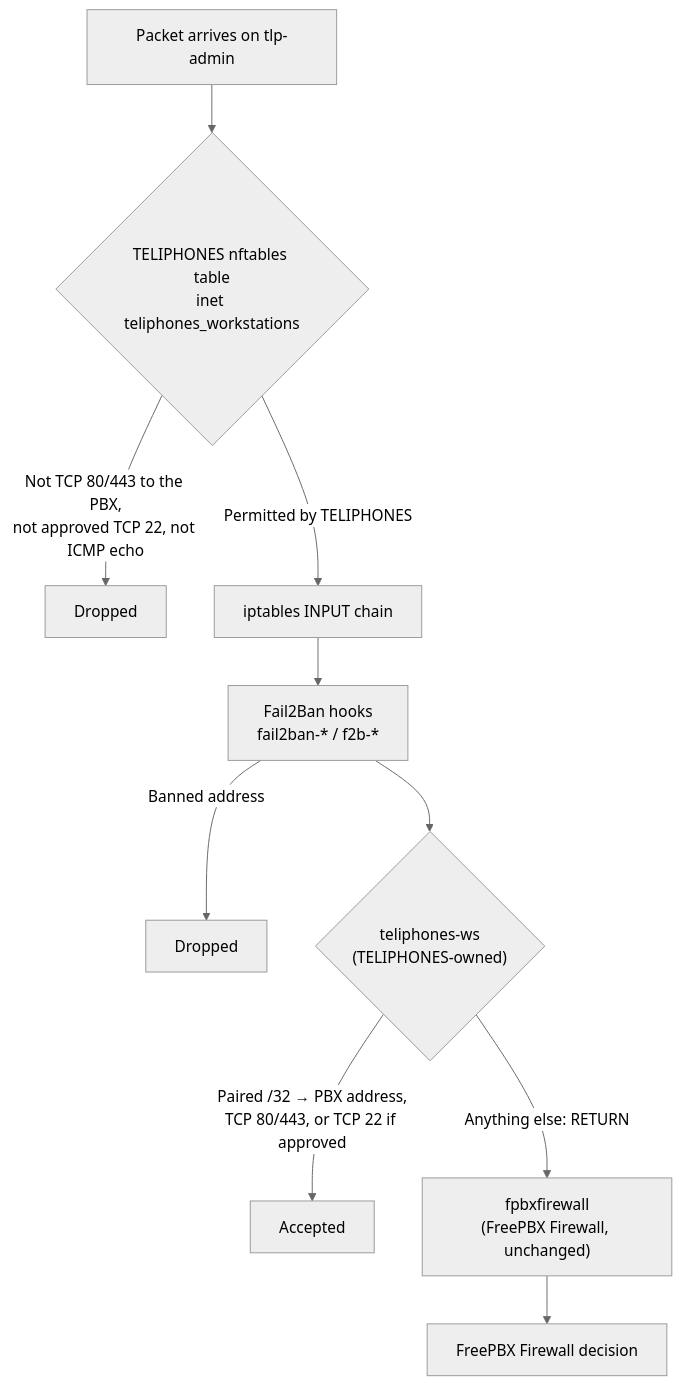
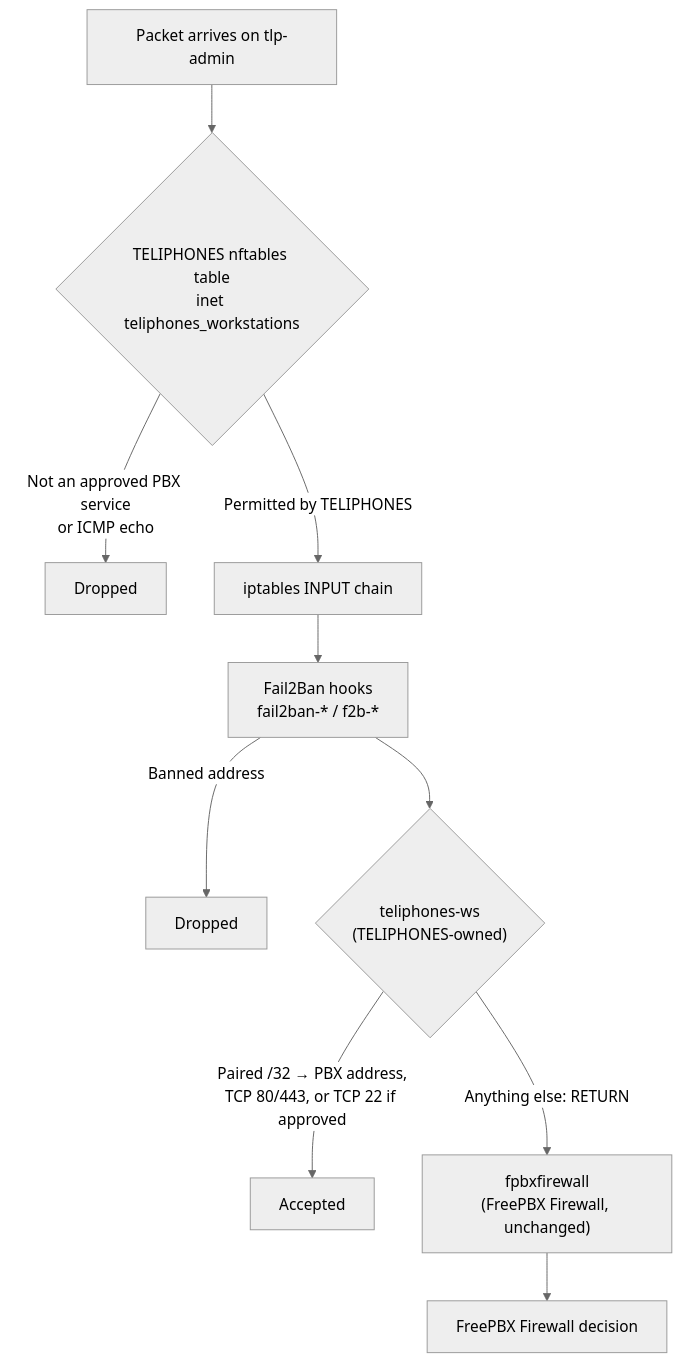
One commit to kierknoby/teliphones changed the fourth of 5 diagrams in README.md. Above: the diagram before and after it, drawn with Mermaid (neutral theme). The commit also changed other lines of this file and 66 other files, not shown here.

````diff
--- a/README.md
+++ b/README.md
@@ -244,12 +294,12 @@
 ```mermaid
 flowchart TD
     P["Packet arrives on tlp-admin"] --> N{"TELIPHONES nftables table<br/>inet teliphones_workstations"}
-    N -- "Not TCP 80/443 to the PBX,<br/>not approved TCP 22, not ICMP echo" --> D1["Dropped"]
+    N -- "Not an approved PBX service<br/>or ICMP echo" --> D1["Dropped"]
     N -- "Permitted by TELIPHONES" --> I["iptables INPUT chain"]
     I --> F2B["Fail2Ban hooks<br/>fail2ban-* / f2b-*"]
     F2B -- "Banned address" --> D2["Dropped"]
     F2B --> TW{"teliphones-ws<br/>(TELIPHONES-owned)"}
     TW -- "Paired /32 → PBX address,<br/>TCP 80/443, or TCP 22 if approved" --> A["Accepted"]
     TW -- "Anything else: RETURN" --> FP["fpbxfirewall<br/>(FreePBX Firewall, unchanged)"]
     FP --> V["FreePBX Firewall decision"]
 ```
````
